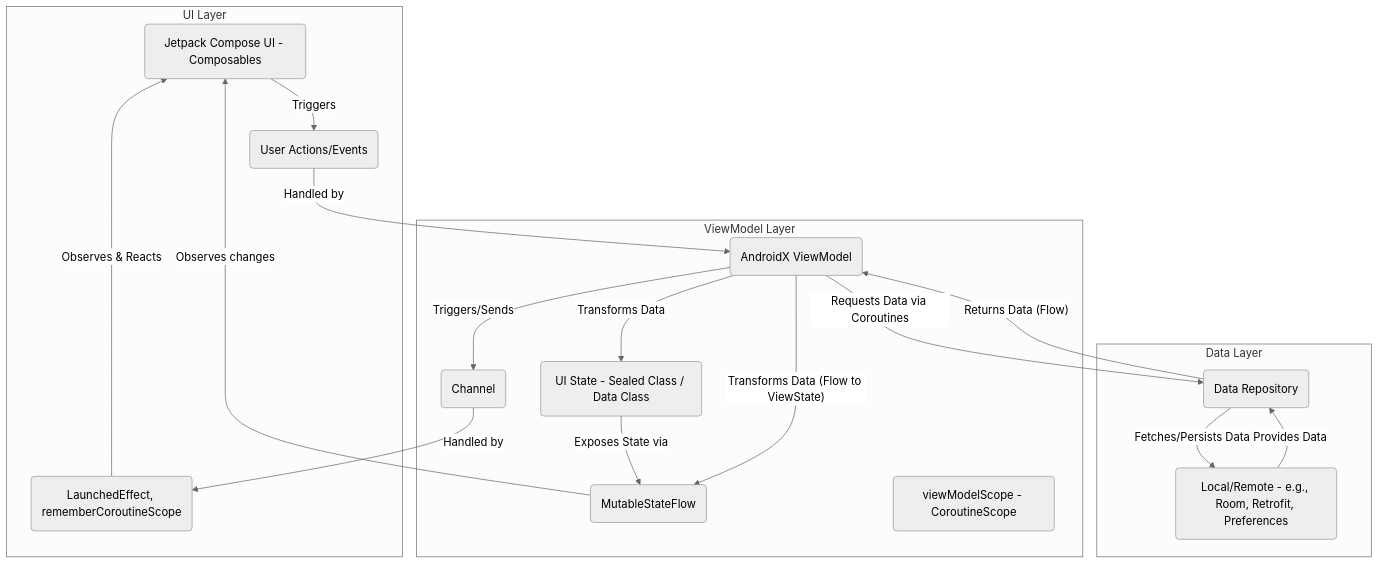
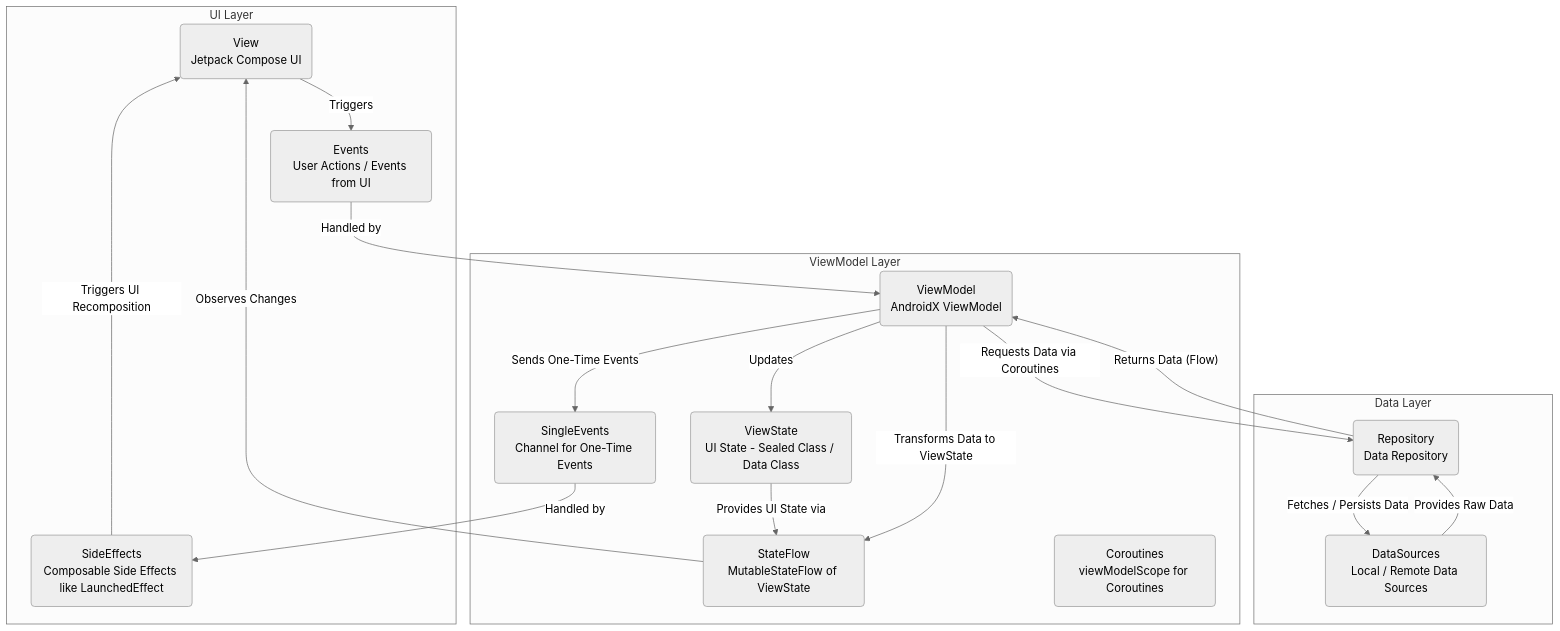
Before and after one commit to free5ty1e/android-coding-reference: the diagram in architectural/mvvmWithComposeAndUsf.mmd, drawn with Mermaid. The commit also changed other lines of this file, not shown here.

Commit message:
Clarified diagram

```diff
--- a/architectural/mvvmWithComposeAndUsf.mmd
+++ b/architectural/mvvmWithComposeAndUsf.mmd
@@ -1,38 +1,38 @@
 ---
 config:
   theme: neutral
 ---
 graph TD
     subgraph UI Layer
-        View(Jetpack Compose UI - Composables)
-        Events(User Actions/Events)
-        SideEffects(LaunchedEffect, rememberCoroutineScope)
+        View(View<br>Jetpack Compose UI)
+        Events(Events<br>User Actions / Events from UI)
+        SideEffects(SideEffects<br>Composable Side Effects like LaunchedEffect)
     end
 
     subgraph ViewModel Layer
-        ViewModel(AndroidX ViewModel)
-        ViewState(UI State - Sealed Class / Data Class)
-        StateFlow(MutableStateFlow<ViewState>)
-        SingleEvents(Channel<SingleEvent>)
-        Coroutines(viewModelScope - CoroutineScope)
+        ViewModel(ViewModel<br>AndroidX ViewModel)
+        ViewState(ViewState<br>UI State - Sealed Class / Data Class)
+        StateFlow(StateFlow<br>MutableStateFlow of ViewState)
+        SingleEvents(SingleEvents<br>Channel for One-Time Events)
+        Coroutines(Coroutines<br>viewModelScope for Coroutines)
     end
 
     subgraph Data Layer
-        Repository(Data Repository)
-        DataSources(Local/Remote - e.g., Room, Retrofit, Preferences)
+        Repository(Repository<br>Data Repository)
+        DataSources(DataSources<br>Local / Remote Data Sources)
     end
 
     View -- Triggers --> Events
     Events -- Handled by --> ViewModel
-    ViewModel -- Transforms Data --> ViewState
-    ViewState -- Exposes State via --> StateFlow
-    StateFlow -- Observes changes --> View
-    ViewModel -- Triggers/Sends --> SingleEvents
+    ViewModel -- Updates --> ViewState
+    ViewState -- Provides UI State via --> StateFlow
+    StateFlow -- Observes Changes --> View
+    ViewModel -- Sends One-Time Events --> SingleEvents
     SingleEvents -- Handled by --> SideEffects
-    SideEffects -- Observes & Reacts --> View
+    SideEffects -- Triggers UI Recomposition --> View
 
     ViewModel -- Requests Data via Coroutines --> Repository
-    Repository -- Fetches/Persists Data --> DataSources
-    DataSources -- Provides Data --> Repository
+    Repository -- Fetches / Persists Data --> DataSources
+    DataSources -- Provides Raw Data --> Repository
     Repository -- Returns Data (Flow<Data>) --> ViewModel
-    ViewModel -- Transforms Data (Flow<Data> to ViewState) --> StateFlow
+    ViewModel -- Transforms Data to ViewState --> StateFlow
```
